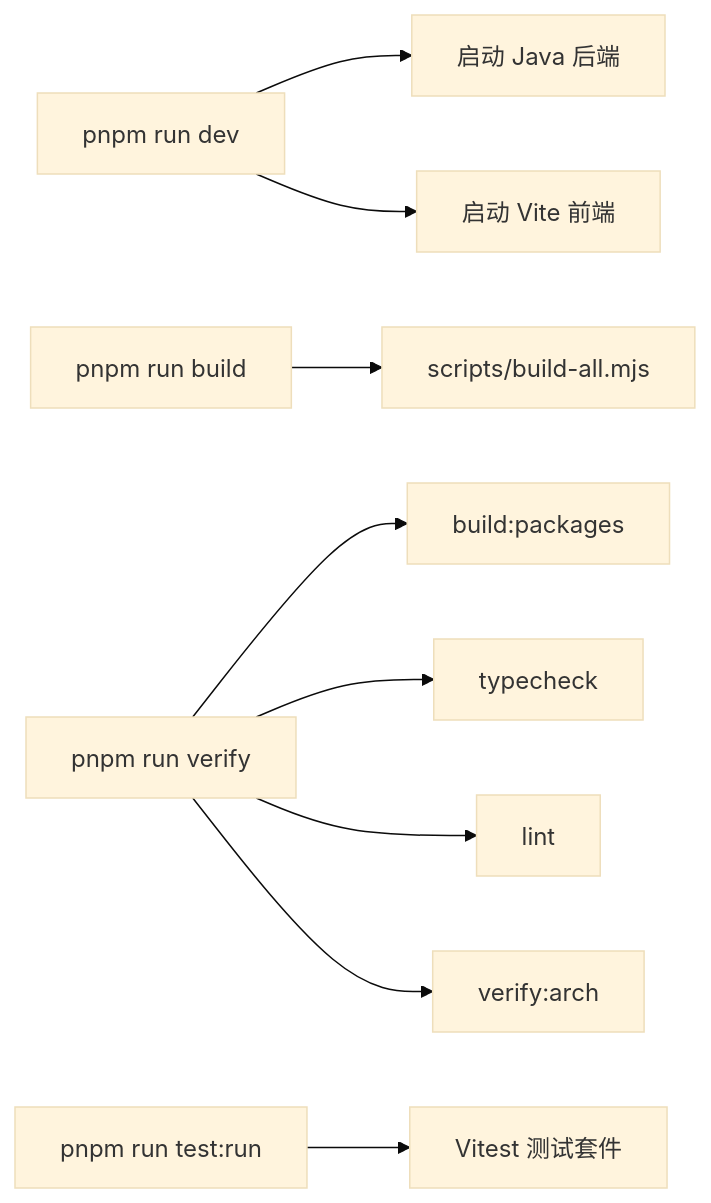
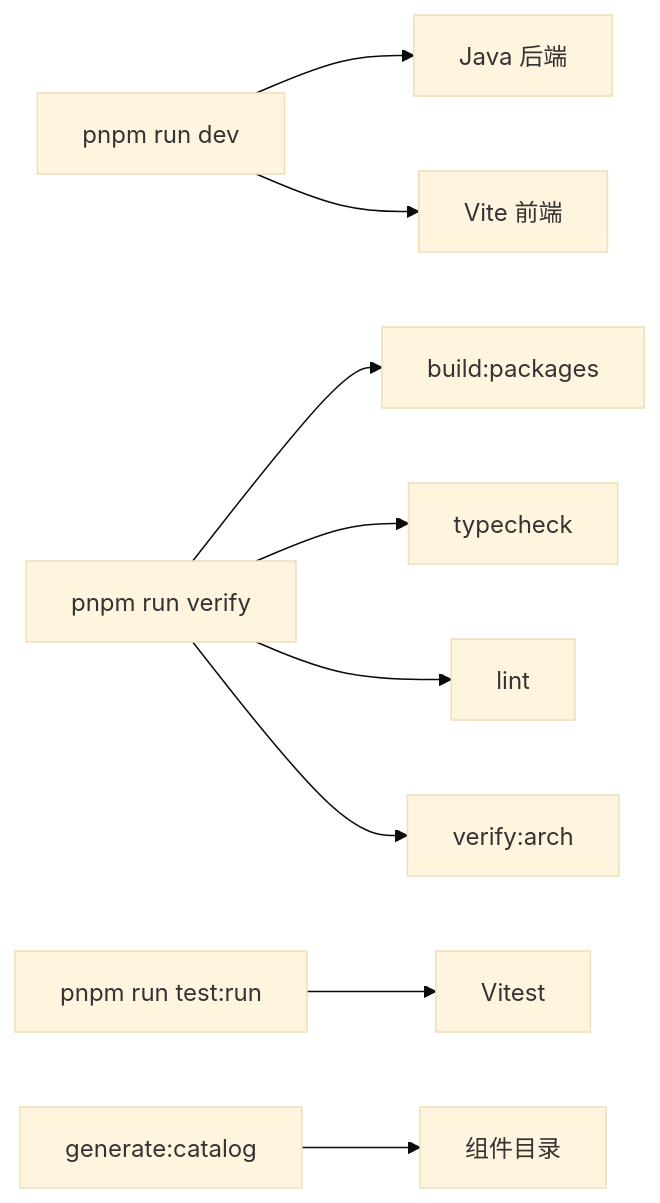
The third of 16 diagrams in docs/SPARK_VIEW_PROJECT_DEEP_DIVE_ZH.md (LMSpark/spark-view-vue), drawn with Mermaid (base theme) before and after one commit. The commit also changed other lines of this file and 120 other files, not shown here.

````diff
--- a/docs/SPARK_VIEW_PROJECT_DEEP_DIVE_ZH.md
+++ b/docs/SPARK_VIEW_PROJECT_DEEP_DIVE_ZH.md
@@ -68,11 +142,11 @@
 ```mermaid
 flowchart LR
-  Dev["pnpm run dev"] --> Java["启动 Java 后端"]
-  Dev --> Vite["启动 Vite 前端"]
-  Build["pnpm run build"] --> BuildAll["scripts/build-all.mjs"]
-  Verify["pnpm run verify"] --> BuildPkg["build:packages"]
+  Dev["pnpm run dev"] --> Server["Java 后端"]
+  Dev --> Vite["Vite 前端"]
+  Verify["pnpm run verify"] --> Packages["build:packages"]
   Verify --> Typecheck["typecheck"]
   Verify --> Lint["lint"]
   Verify --> Arch["verify:arch"]
-  Test["pnpm run test:run"] --> Vitest["Vitest 测试套件"]
+  Test["pnpm run test:run"] --> Vitest["Vitest"]
+  Catalog["generate:catalog"] --> Metadata["组件目录"]
 ```
````
